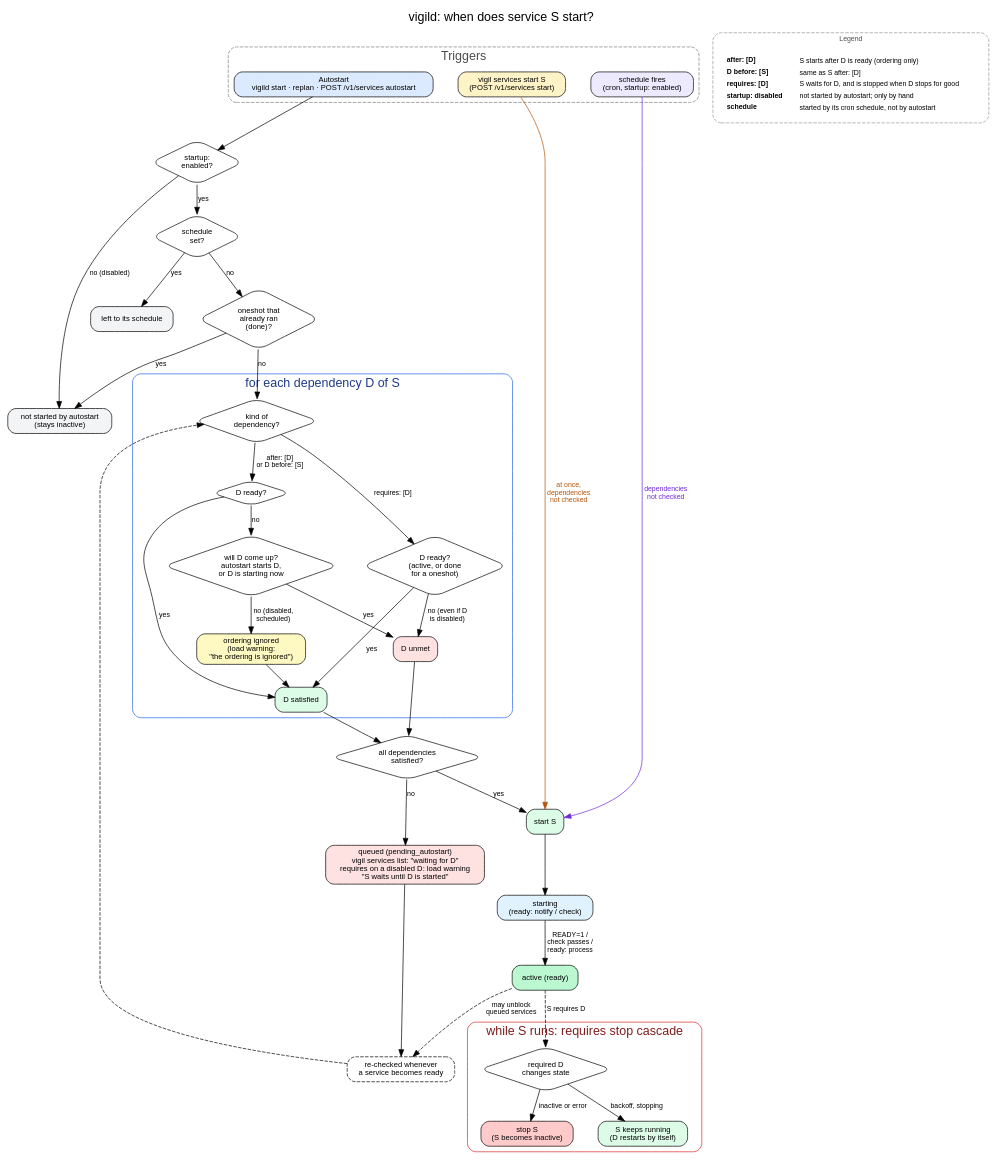
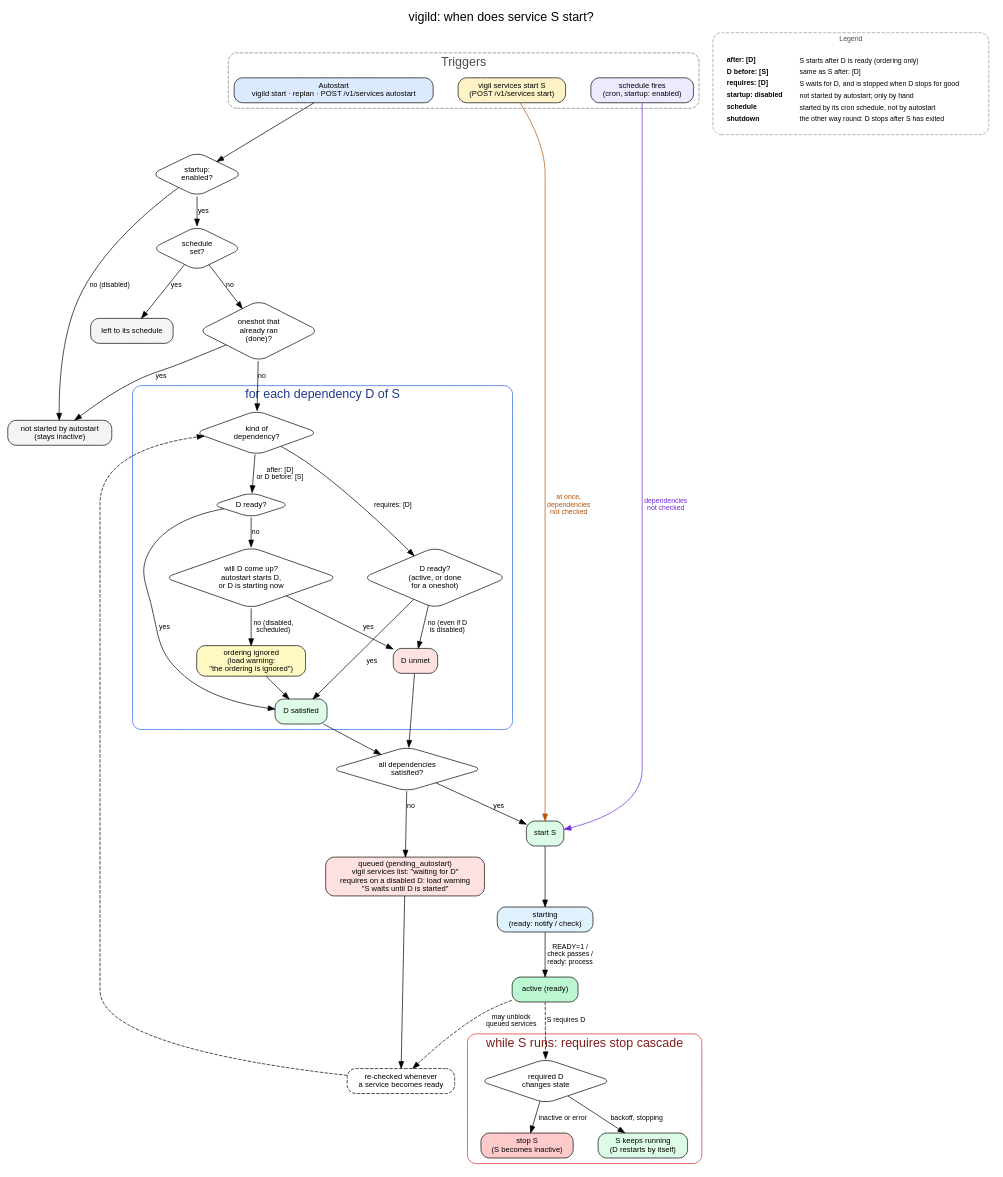
Before and after one commit to git001/vigil-rs: the diagram in docs/user-guide/service-dependencies.dot, drawn with Graphviz. The commit also changed 1 other file, not shown here.

Commit message:
docs: the diagrams show the shutdown order
service-lifecycle.dot lists vigild's shutdown among the reasons a
service is stopped (after the services that depend on it);
service-dependencies.dot says in its legend that a shutdown goes the
other way round.

```diff
--- a/docs/user-guide/service-dependencies.dot
+++ b/docs/user-guide/service-dependencies.dot
@@ -1,170 +1,171 @@
 // How vigild decides when a service starts: startup, schedule, after,
 // before and requires. It describes the behaviour documented in
 // configuration.md, section "after / before / requires".
 //
 // CI (.github/workflows/diagrams.yml) renders it to
 // images/service-dependencies.svg, which configuration.md links to.
 // By hand:
 //   dot -Tsvg docs/user-guide/service-dependencies.dot -o images/service-dependencies.svg
 
 digraph service_dependencies {
     graph [
         label = "vigild: when does service S start?",
         labelloc = t,
         fontname = "Helvetica",
         fontsize = 18,
         rankdir = TB,
         nodesep = 0.5,
         ranksep = 0.45,
         newrank = true
     ];
     node [fontname = "Helvetica", fontsize = 11, style = "rounded,filled", fillcolor = white];
     edge [fontname = "Helvetica", fontsize = 10];
 
     // ------------------------------------------------------------------
     // Triggers
     // ------------------------------------------------------------------
     subgraph cluster_triggers {
         label = "Triggers";
         style = "rounded,dashed";
         color = gray50;
         fontcolor = gray30;
 
         autostart [shape = box, fillcolor = "#dbeafe",
                    label = "Autostart\nvigild start · replan · POST /v1/services autostart"];
         manual    [shape = box, fillcolor = "#fef3c7",
                    label = "vigil services start S\n(POST /v1/services start)"];
         cron      [shape = box, fillcolor = "#ede9fe",
                    label = "schedule fires\n(cron, startup: enabled)"];
         // All three side by side at the top.
         { rank = same; autostart; manual; cron; }
     }
 
     // ------------------------------------------------------------------
     // Does autostart cover S?
     // ------------------------------------------------------------------
     q_enabled  [shape = diamond, label = "startup:\nenabled?"];
     q_schedule [shape = diamond, label = "schedule\nset?"];
     q_done     [shape = diamond, label = "oneshot that\nalready ran\n(done)?"];
 
     not_started [shape = box, fillcolor = "#f3f4f6",
                  label = "not started by autostart\n(stays inactive)"];
     by_schedule [shape = box, fillcolor = "#f3f4f6",
                  label = "left to its schedule"];
 
     autostart  -> q_enabled;
     q_enabled  -> not_started [label = "no (disabled)"];
     q_enabled  -> q_schedule  [label = "yes"];
     q_schedule -> by_schedule [label = "yes"];
     q_schedule -> q_done      [label = "no"];
     q_done     -> not_started [label = "yes"];
 
     // ------------------------------------------------------------------
     // Dependencies of S, checked one by one
     // ------------------------------------------------------------------
     subgraph cluster_deps {
         label = "for each dependency D of S";
         style = "rounded";
         color = "#2563eb";
         fontcolor = "#1e3a8a";
 
         q_kind [shape = diamond, label = "kind of\ndependency?"];
 
         // requires: hard dependency
         q_req_ready [shape = diamond, label = "D ready?\n(active, or done\nfor a oneshot)"];
 
         // after / before: ordering only
         q_ord_ready [shape = diamond, label = "D ready?"];
         q_ord_comes [shape = diamond,
                      label = "will D come up?\nautostart starts D,\nor D is starting now"];
         ignored     [shape = box, fillcolor = "#fef9c3",
                      label = "ordering ignored\n(load warning:\n\"the ordering is ignored\")"];
 
         dep_ok   [shape = box, fillcolor = "#dcfce7", label = "D satisfied"];
         dep_wait [shape = box, fillcolor = "#fee2e2", label = "D unmet"];
 
         q_kind      -> q_req_ready [label = "requires: [D]"];
         q_kind      -> q_ord_ready [label = "after: [D]\nor D before: [S]"];
 
         q_req_ready -> dep_ok   [label = "yes"];
         q_req_ready -> dep_wait [label = "no (even if D\nis disabled)"];
 
         q_ord_ready -> dep_ok      [label = "yes"];
         q_ord_ready -> q_ord_comes [label = "no"];
         q_ord_comes -> dep_wait    [label = "yes"];
         q_ord_comes -> ignored     [label = "no (disabled,\nscheduled)"];
         ignored     -> dep_ok;
     }
 
     q_done -> q_kind [label = "no"];
 
     q_all [shape = diamond, label = "all dependencies\nsatisfied?"];
     dep_ok   -> q_all;
     dep_wait -> q_all;
 
     queued [shape = box, fillcolor = "#fee2e2",
             label = "queued (pending_autostart)\nvigil services list: \"waiting for D\"\nrequires on a disabled D: load warning\n\"S waits until D is started\""];
     recheck [shape = box, style = "rounded,dashed",
              label = "re-checked whenever\na service becomes ready"];
 
     q_all   -> queued [label = "no"];
     queued  -> recheck;
     recheck -> q_kind [style = dashed];
 
     // ------------------------------------------------------------------
     // Start and readiness
     // ------------------------------------------------------------------
     start [shape = box, fillcolor = "#dcfce7", label = "start S"];
     q_all  -> start [label = "yes"];
     manual -> start [label = "at once,\ndependencies\nnot checked", color = "#b45309", fontcolor = "#b45309"];
     cron   -> start [label = "dependencies\nnot checked", color = "#6d28d9", fontcolor = "#6d28d9"];
 
     starting [shape = box, fillcolor = "#e0f2fe",
               label = "starting\n(ready: notify / check)"];
     active   [shape = box, fillcolor = "#bbf7d0", label = "active (ready)"];
     start    -> starting;
     starting -> active [label = "READY=1 /\ncheck passes /\nready: process"];
     active   -> recheck [style = dashed, label = "may unblock\nqueued services"];
 
     // ------------------------------------------------------------------
     // Runtime: requires stop cascade
     // ------------------------------------------------------------------
     subgraph cluster_cascade {
         label = "while S runs: requires stop cascade";
         style = "rounded";
         color = "#dc2626";
         fontcolor = "#7f1d1d";
 
         q_dstate [shape = diamond, label = "required D\nchanges state"];
         stop_s   [shape = box, fillcolor = "#fecaca",
                   label = "stop S\n(S becomes inactive)"];
         keep_s   [shape = box, fillcolor = "#dcfce7",
                   label = "S keeps running\n(D restarts by itself)"];
 
         q_dstate -> stop_s [label = "inactive or error"];
         q_dstate -> keep_s [label = "backoff, stopping"];
     }
 
     active -> q_dstate [style = dashed, label = "S requires D"];
 
     // ------------------------------------------------------------------
     // Legend
     // ------------------------------------------------------------------
     subgraph cluster_legend {
         label = "Legend";
         style = "rounded,dashed";
         color = gray60;
         fontcolor = gray30;
         fontsize = 10;
 
         l_after [shape = plaintext, fillcolor = none, fontsize = 10, label = <
             <table border="0" cellspacing="2" cellpadding="2">
             <tr><td align="left"><b>after: [D]</b></td><td align="left">S starts after D is ready (ordering only)</td></tr>
             <tr><td align="left"><b>D before: [S]</b></td><td align="left">same as S after: [D]</td></tr>
             <tr><td align="left"><b>requires: [D]</b></td><td align="left">S waits for D, and is stopped when D stops for good</td></tr>
             <tr><td align="left"><b>startup: disabled</b></td><td align="left">not started by autostart; only by hand</td></tr>
             <tr><td align="left"><b>schedule</b></td><td align="left">started by its cron schedule, not by autostart</td></tr>
+            <tr><td align="left"><b>shutdown</b></td><td align="left">the other way round: D stops after S has exited</td></tr>
             </table>
         >];
     }
 }
```
